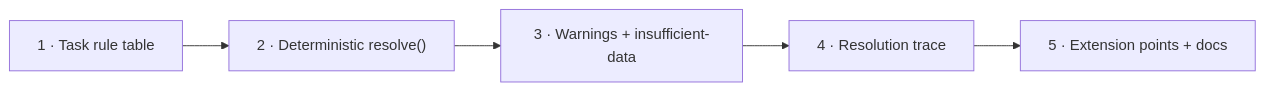
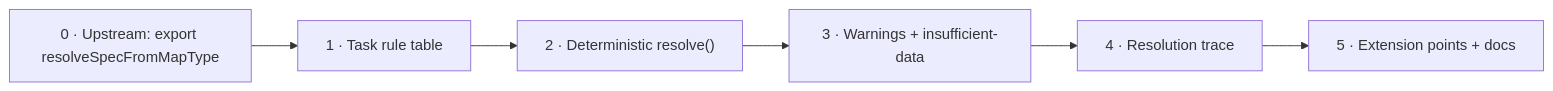
One commit to ttoss/ttoss changed the diagram in packages/geovis/docs/plans/plan-prd-006-deterministic-resolution.md. Above: the diagram before and after it, drawn with Mermaid. The commit also changed other lines of this file and 2 other files, not shown here.

````diff
--- a/packages/geovis/docs/plans/plan-prd-006-deterministic-resolution.md
+++ b/packages/geovis/docs/plans/plan-prd-006-deterministic-resolution.md
@@ -102,7 +118,8 @@
 ```mermaid
 graph LR
-  P1["1 · Task rule table"] --> P2["2 · Deterministic resolve()"]
+  P0["0 · Upstream: export resolveSpecFromMapType"] --> P1["1 · Task rule table"]
+  P1 --> P2["2 · Deterministic resolve()"]
   P2 --> P3["3 · Warnings + insufficient-data"]
   P3 --> P4["4 · Resolution trace"]
   P4 --> P5["5 · Extension points + docs"]
 ```
````
